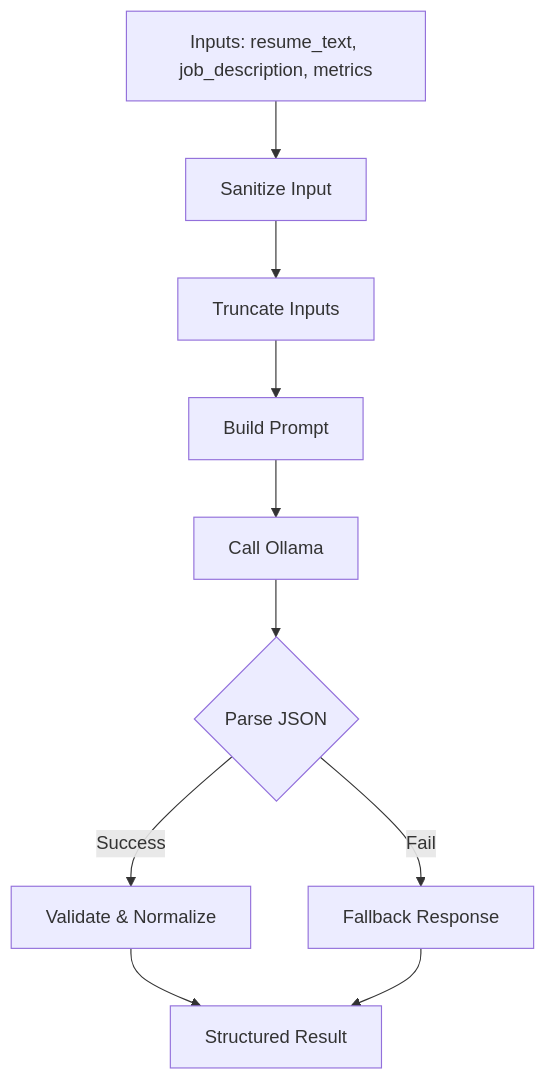
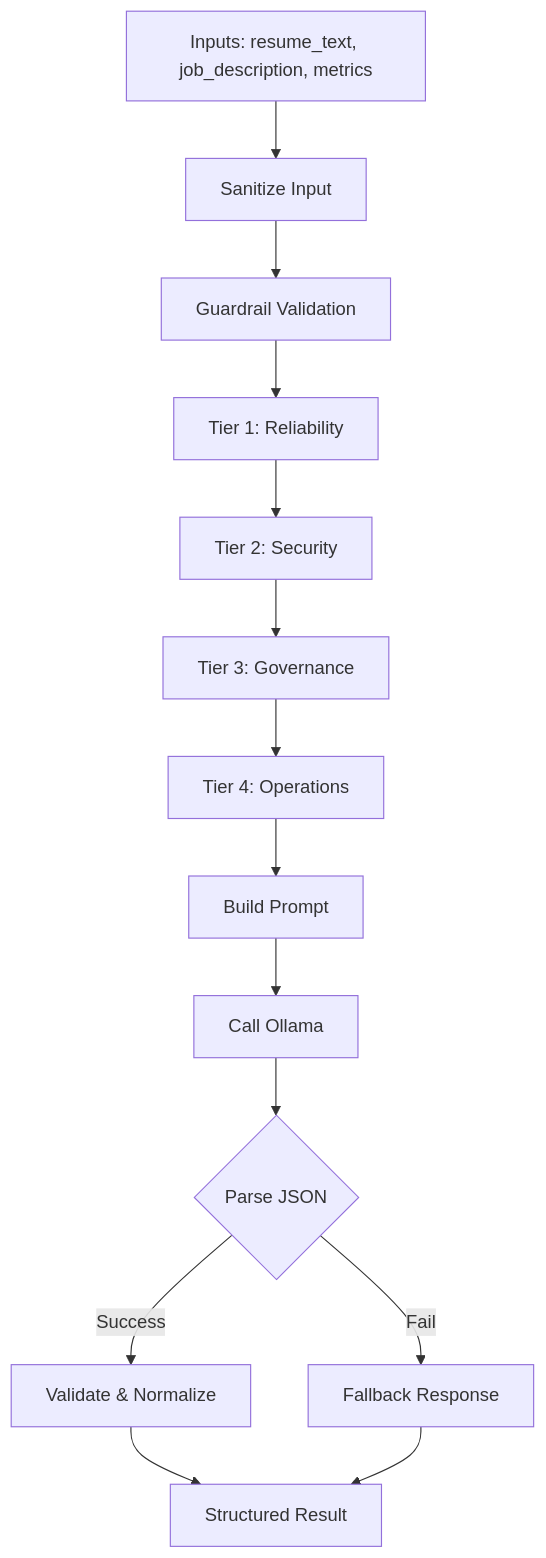
Before and after one commit to Revanththetalogics/aireume: the seventh of 13 diagrams in .qoder/repowiki/en/content/Advanced Topics/Security Hardening/Security Hardening.md, drawn with Mermaid. The commit also changed other lines of this file and 21 other files, not shown here.

````diff
--- a/.qoder/repowiki/en/content/Advanced Topics/Security Hardening/Security Hardening.md
+++ b/.qoder/repowiki/en/content/Advanced Topics/Security Hardening/Security Hardening.md
@@ -563,12 +641,16 @@
 ```mermaid
 flowchart TD
 Input["Inputs: resume_text, job_description, metrics"] --> Sanitize["Sanitize Input"]
-Sanitize --> Trunc["Truncate Inputs"]
-Trunc --> Build["Build Prompt"]
+Sanitize --> Guardrail["Guardrail Validation"]
+Guardrail --> Tier1["Tier 1: Reliability"]
+Tier1 --> Tier2["Tier 2: Security"]
+Tier2 --> Tier3["Tier 3: Governance"]
+Tier3 --> Tier4["Tier 4: Operations"]
+Tier4 --> Build["Build Prompt"]
 Build --> Call["Call Ollama"]
 Call --> Parse{"Parse JSON"}
 Parse --> |Success| Validate["Validate & Normalize"]
 Parse --> |Fail| Fallback["Fallback Response"]
 Validate --> Output["Structured Result"]
 Fallback --> Output
 ```
````
